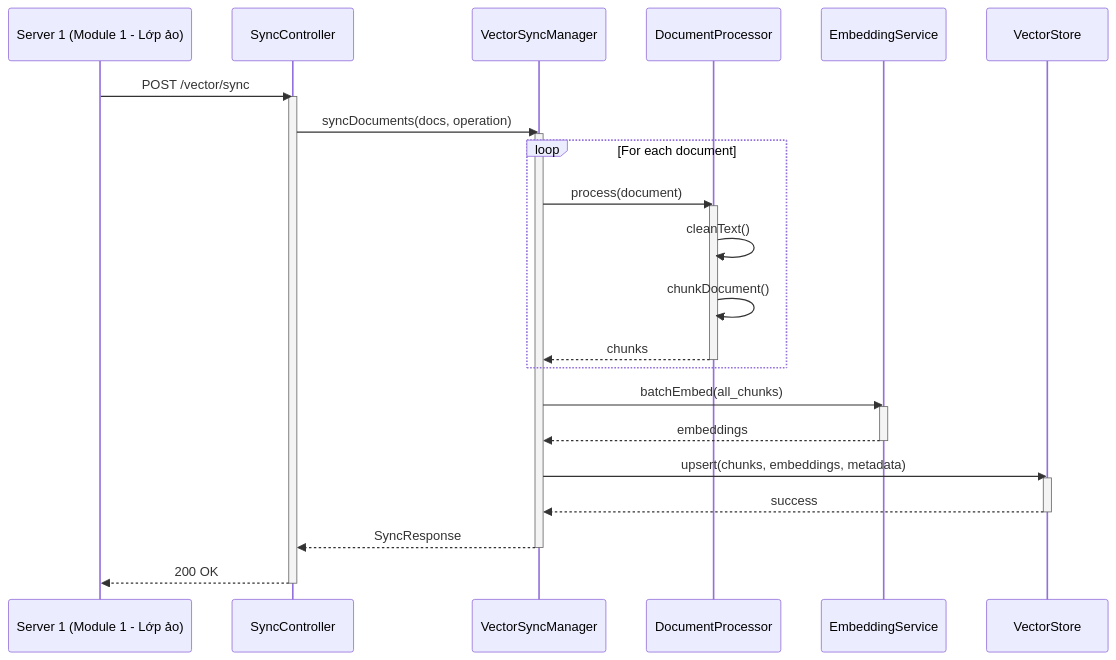
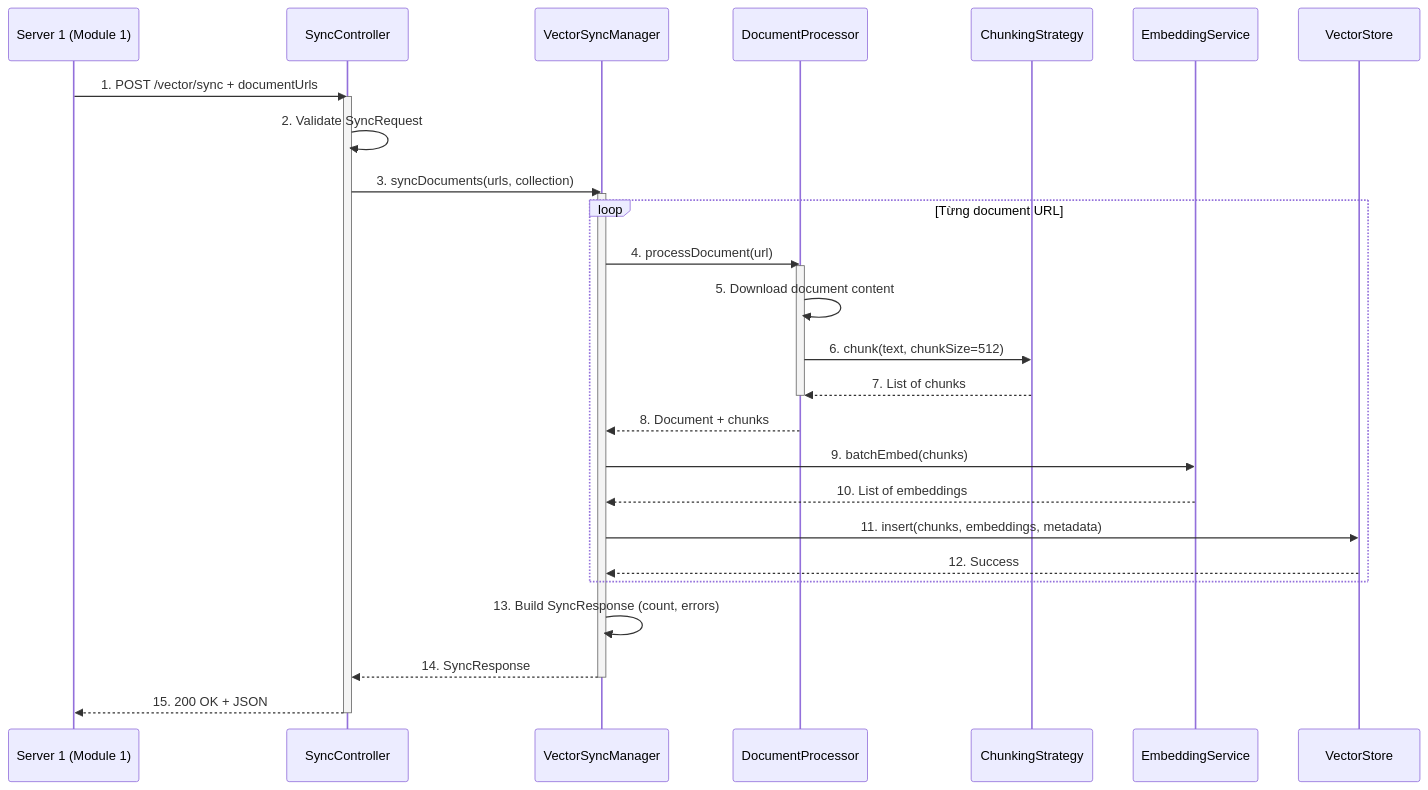
Diagram 16 of 18 in README.md (tvanle/Module2-HTTM), drawn with Mermaid before and after one commit. The commit also changed other lines of this file, not shown here.

````diff
--- a/README.md
+++ b/README.md
@@ -1031,40 +1453,40 @@
 ```mermaid
 sequenceDiagram
-    participant S1 as Server 1 (Module 1 - Lớp ảo)
-    participant Ctrl as SyncController
-    participant Sync as VectorSyncManager
-    participant Proc as DocumentProcessor
+    participant Server1 as Server 1 (Module 1)
+    participant Controller as SyncController
+    participant Manager as VectorSyncManager
+    participant Processor as DocumentProcessor
+    participant Strategy as ChunkingStrategy
     participant Embed as EmbeddingService
     participant VDB as VectorStore
 
-    S1->>Ctrl: POST /vector/sync
-    activate Ctrl
+    Server1->>Controller: 1. POST /vector/sync + documentUrls
+    activate Controller
 
-    Ctrl->>Sync: syncDocuments(docs, operation)
-    activate Sync
+    Controller->>Controller: 2. Validate SyncRequest
+    Controller->>Manager: 3. syncDocuments(urls, collection)
+    activate Manager
 
-    loop For each document
-        Sync->>Proc: process(document)
-        activate Proc
-        Proc->>Proc: cleanText()
-        Proc->>Proc: chunkDocument()
-        Proc-->>Sync: chunks
-        deactivate Proc
+    loop Từng document URL
+        Manager->>Processor: 4. processDocument(url)
+        activate Processor
+        Processor->>Processor: 5. Download document content
+        Processor->>Strategy: 6. chunk(text, chunkSize=512)
+        Strategy-->>Processor: 7. List of chunks
+        deactivate Processor
+        Processor-->>Manager: 8. Document + chunks
+
+        Manager->>Embed: 9. batchEmbed(chunks)
+        Embed-->>Manager: 10. List of embeddings
+
+        Manager->>VDB: 11. insert(chunks, embeddings, metadata)
+        VDB-->>Manager: 12. Success
     end
 
-    Sync->>Embed: batchEmbed(all_chunks)
-    activate Embed
-    Embed-->>Sync: embeddings
-    deactivate Embed
+    Manager->>Manager: 13. Build SyncResponse (count, errors)
+    Manager-->>Controller: 14. SyncResponse
+    deactivate Manager
 
-    Sync->>VDB: upsert(chunks, embeddings, metadata)
-    activate VDB
-    VDB-->>Sync: success
-    deactivate VDB
-
-    Sync-->>Ctrl: SyncResponse
-    deactivate Sync
-
-    Ctrl-->>S1: 200 OK
-    deactivate Ctrl
+    Controller-->>Server1: 15. 200 OK + JSON
+    deactivate Controller
 ```
````
